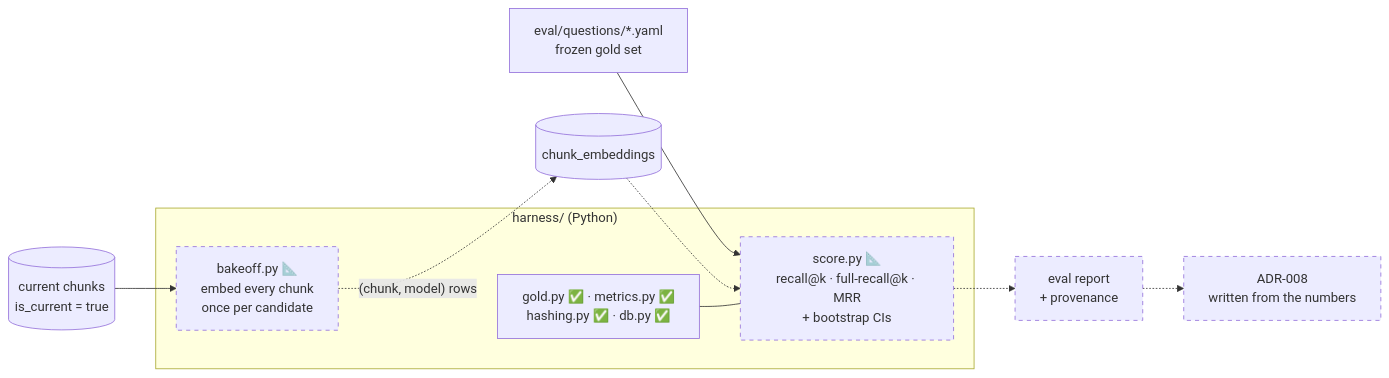
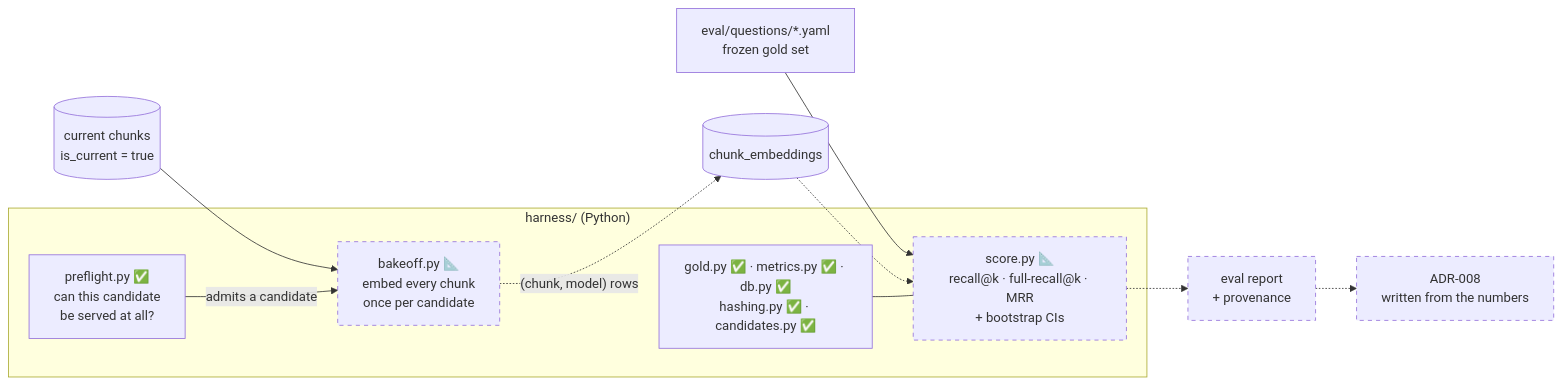
One commit to ancsingabor/apologia changed the diagram in docs/guide/07-measurement.md. Above: the diagram before and after it, drawn with Mermaid. The commit also changed other lines of this file, not shown here.

````diff
--- a/docs/guide/07-measurement.md
+++ b/docs/guide/07-measurement.md
@@ -27,20 +27,23 @@
 ```mermaid
 flowchart LR
   gold["eval/questions/*.yaml<br/>frozen gold set"] --> score
   db[("current chunks<br/>is_current = true")] --> bake
 
   subgraph harness["harness/ (Python)"]
+    pre["preflight.py ✅<br/>can this candidate<br/>be served at all?"]
     bake["bakeoff.py 📐<br/>embed every chunk<br/>once per candidate"]
     score["score.py 📐<br/>recall@k · full-recall@k · MRR<br/>+ bootstrap CIs"]
-    lib["gold.py ✅ · metrics.py ✅<br/>hashing.py ✅ · db.py ✅"]
+    lib["gold.py ✅ · metrics.py ✅ · db.py ✅<br/>hashing.py ✅ · candidates.py ✅"]
   end
+
+  pre -->|admits a candidate| bake
 
   bake -.->|"(chunk, model) rows"| emb[("chunk_embeddings")]
   emb -.-> score
   lib --- score
   score -.-> report["eval report<br/>+ provenance"]
   report -.-> adr["ADR-008<br/>written from the numbers"]
 
   classDef planned stroke-dasharray: 5 5
   class bake,score,report,adr planned
 ```
````
